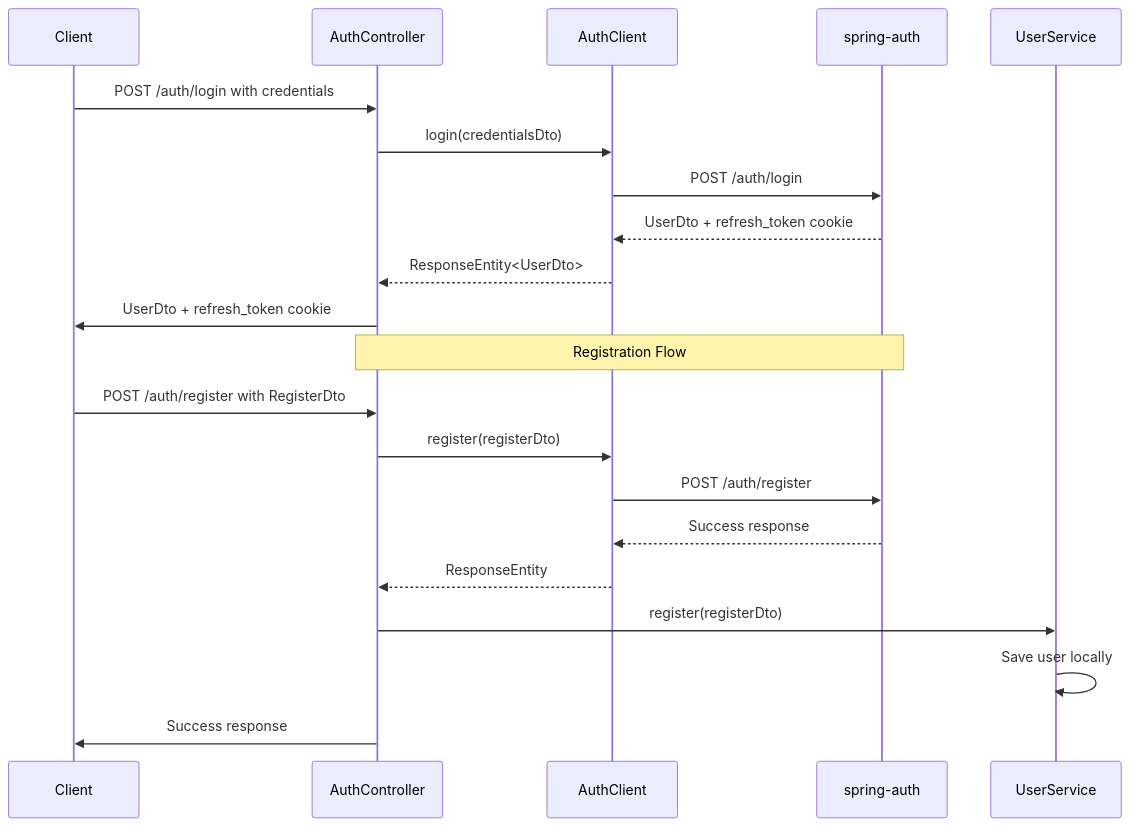
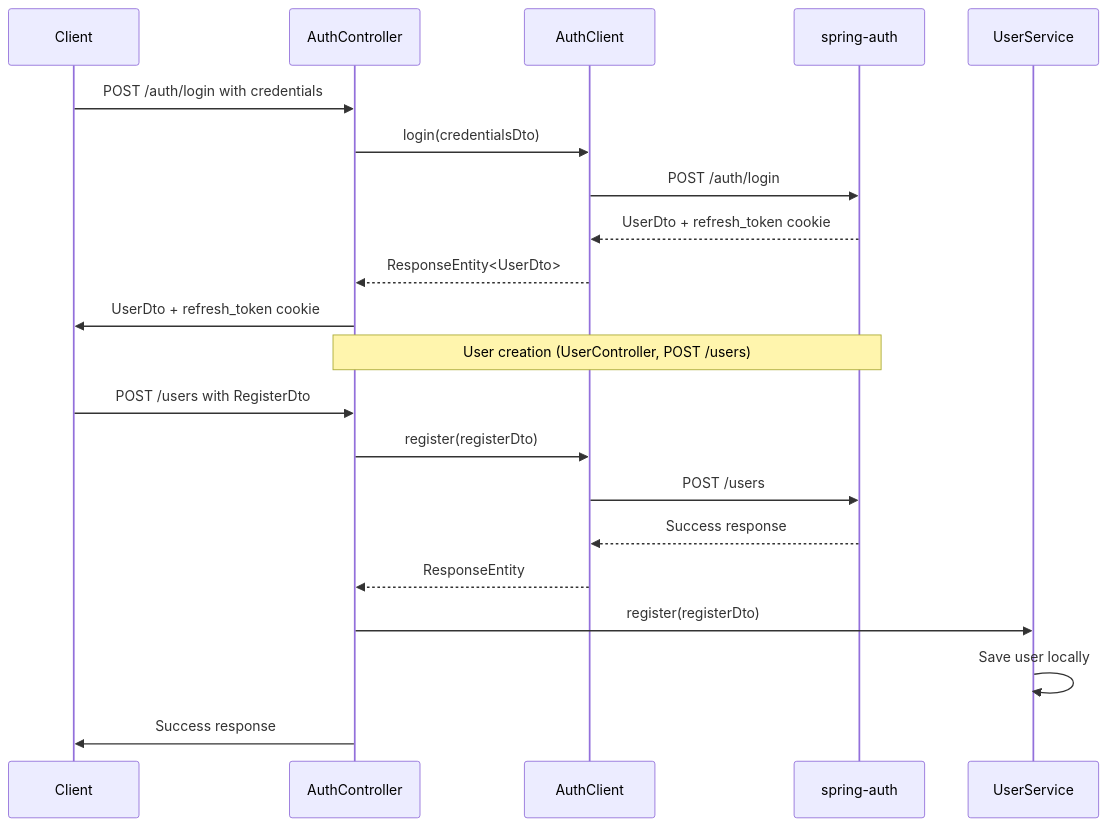
One commit to OrifInformatique/template_frontback changed the third of 8 diagrams in docs/process-documentation.md. Above: the diagram before and after it, drawn with Mermaid. The commit also changed other lines of this file and 20 other files, not shown here.

First line of the commit message:
refactor(auth): REST endpoints aligned with spring-auth, Azure login under /oauth2

````diff
--- a/docs/process-documentation.md
+++ b/docs/process-documentation.md
@@ -171,24 +171,24 @@
 ```mermaid
 sequenceDiagram
     participant Client
     participant AuthController
     participant AuthClient
     participant spring-auth
     participant UserService
     Client->>AuthController: POST /auth/login with credentials
     AuthController->>AuthClient: login(credentialsDto)
     AuthClient->>spring-auth: POST /auth/login
     spring-auth-->>AuthClient: UserDto + refresh_token cookie
     AuthClient-->>AuthController: ResponseEntity<UserDto>
     AuthController->>Client: UserDto + refresh_token cookie
 
-    Note over AuthController,spring-auth: Registration Flow
-    Client->>AuthController: POST /auth/register with RegisterDto
+    Note over AuthController,spring-auth: User creation (UserController, POST /users)
+    Client->>AuthController: POST /users with RegisterDto
     AuthController->>AuthClient: register(registerDto)
-    AuthClient->>spring-auth: POST /auth/register
+    AuthClient->>spring-auth: POST /users
     spring-auth-->>AuthClient: Success response
     AuthClient-->>AuthController: ResponseEntity
     AuthController->>UserService: register(registerDto)
     UserService->>UserService: Save user locally
     AuthController->>Client: Success response
 ```
````
